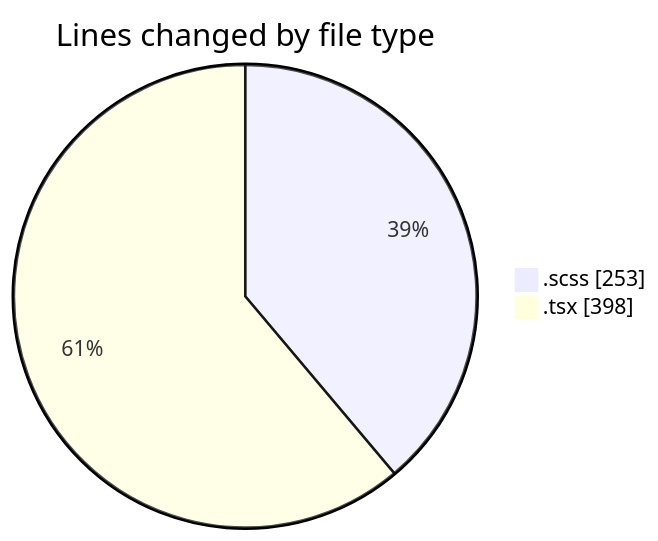
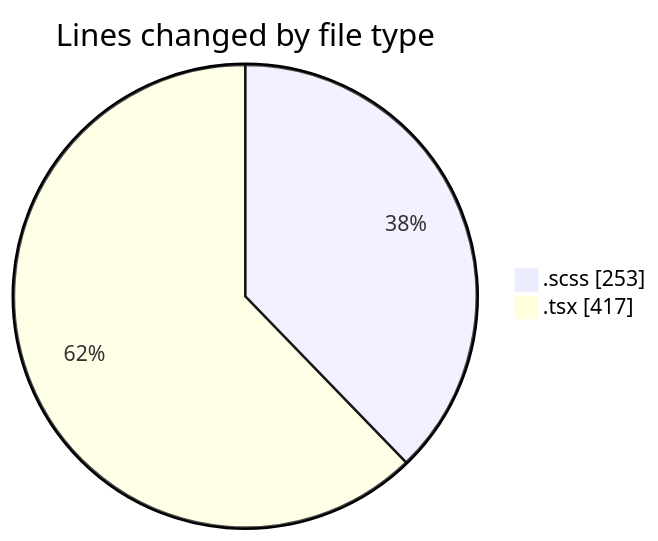
Before and after one commit to momahboobian/code-tracking: the first of 2 diagrams in 2025-08-28/cda/README.md, drawn with Mermaid. The commit also changed other lines of this file and 1 other file, not shown here.

````diff
--- a/2025-08-28/cda/README.md
+++ b/2025-08-28/cda/README.md
@@ -22,6 +22,6 @@
 ```mermaid
 pie showData
 title Lines changed by file type
 ".scss" : 253
-".tsx" : 398
+".tsx" : 417
 ```
````
